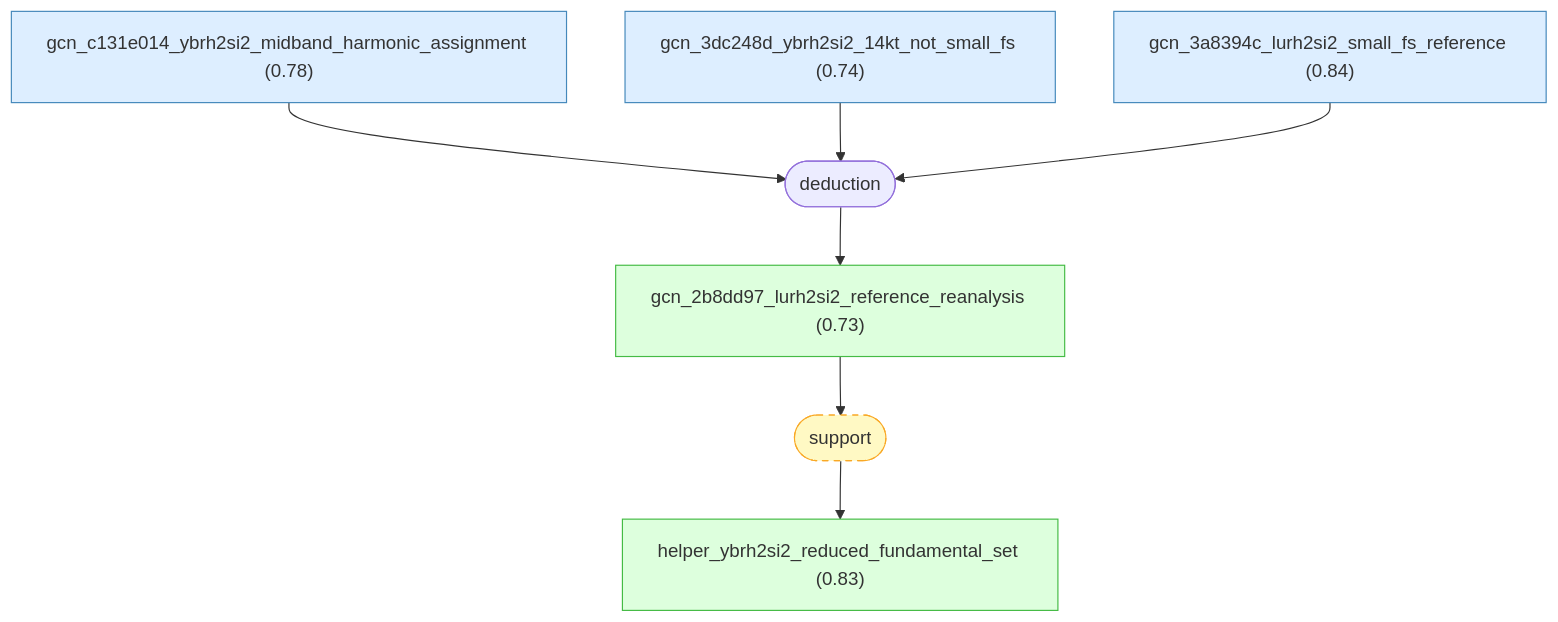
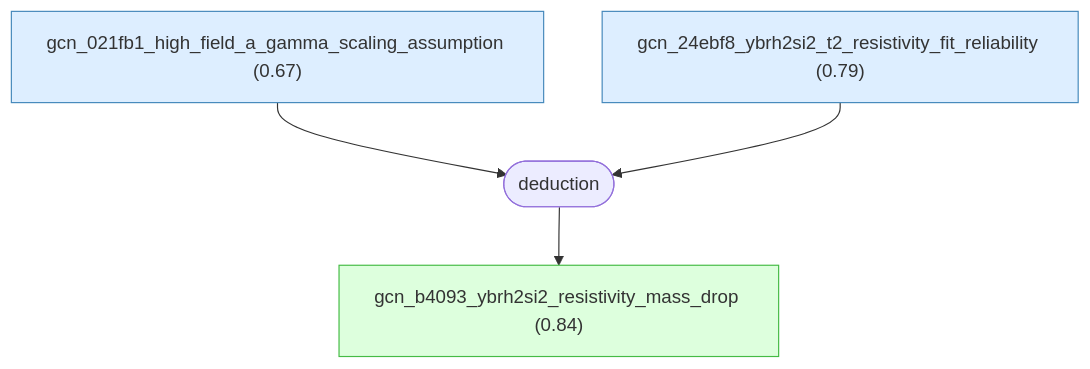
The sixth of 13 diagrams in docs/detailed-reasoning.md (Callo42/fermi-liquid-effective-mass-gaia), drawn with Mermaid before and after one commit. The commit also changed other lines of this file and 53 other files, not shown here.

First line of the commit message:
Regenerate Fermi graph from connected root

````diff
--- a/docs/detailed-reasoning.md
+++ b/docs/detailed-reasoning.md
@@ -975,26 +790,20 @@
 ```mermaid
 graph TD
-    gcn_c131e014_ybrh2si2_midband_harmonic_assignment["gcn_c131e014_ybrh2si2_midband_harmonic_assignment (0.78)"]:::premise
-    gcn_3dc248d_ybrh2si2_14kt_not_small_fs["gcn_3dc248d_ybrh2si2_14kt_not_small_fs (0.74)"]:::premise
-    gcn_3a8394c_lurh2si2_small_fs_reference["gcn_3a8394c_lurh2si2_small_fs_reference (0.84)"]:::premise
-    gcn_2b8dd97_lurh2si2_reference_reanalysis["gcn_2b8dd97_lurh2si2_reference_reanalysis (0.73)"]:::derived
-    helper_ybrh2si2_reduced_fundamental_set["helper_ybrh2si2_reduced_fundamental_set (0.83)"]:::derived
-    strat_17(["deduction"])
-    gcn_c131e014_ybrh2si2_midband_harmonic_assignment --> strat_17
-    gcn_3dc248d_ybrh2si2_14kt_not_small_fs --> strat_17
-    gcn_3a8394c_lurh2si2_small_fs_reference --> strat_17
-    strat_17 --> gcn_2b8dd97_lurh2si2_reference_reanalysis
-    strat_18(["support"]):::weak
-    gcn_2b8dd97_lurh2si2_reference_reanalysis --> strat_18
-    strat_18 --> helper_ybrh2si2_reduced_fundamental_set
+    gcn_021fb1_high_field_a_gamma_scaling_assumption["gcn_021fb1_high_field_a_gamma_scaling_assumption (0.67)"]:::premise
+    gcn_24ebf8_ybrh2si2_t2_resistivity_fit_reliability["gcn_24ebf8_ybrh2si2_t2_resistivity_fit_reliability (0.79)"]:::premise
+    gcn_b4093_ybrh2si2_resistivity_mass_drop["gcn_b4093_ybrh2si2_resistivity_mass_drop (0.84)"]:::derived
+    strat_12(["deduction"])
+    gcn_021fb1_high_field_a_gamma_scaling_assumption --> strat_12
+    gcn_24ebf8_ybrh2si2_t2_resistivity_fit_reliability --> strat_12
+    strat_12 --> gcn_b4093_ybrh2si2_resistivity_mass_drop
 
     classDef setting fill:#f0f0f0,stroke:#999,color:#333
     classDef premise fill:#ddeeff,stroke:#4488bb,color:#333
     classDef derived fill:#ddffdd,stroke:#44bb44,color:#333
     classDef question fill:#fff3dd,stroke:#cc9944,color:#333
     classDef background fill:#f5f5f5,stroke:#bbb,stroke-dasharray: 5 5,color:#333
     classDef orphan fill:#fff,stroke:#ccc,stroke-dasharray: 5 5,color:#333
     classDef external fill:#fff,stroke:#aaa,stroke-dasharray: 3 3,color:#333
     classDef weak fill:#fff9c4,stroke:#f9a825,stroke-dasharray: 5 5,color:#333
     classDef contra fill:#ffebee,stroke:#c62828,color:#333
 ```
````
